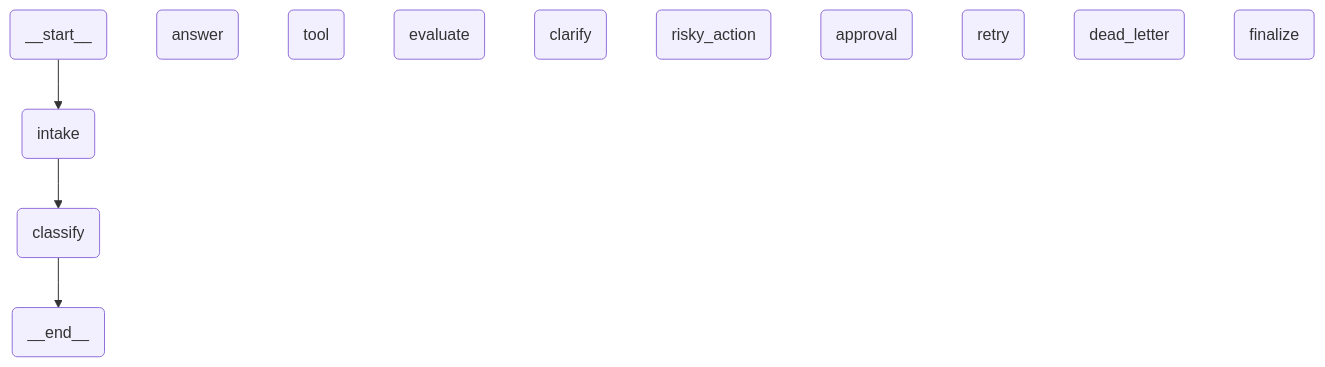
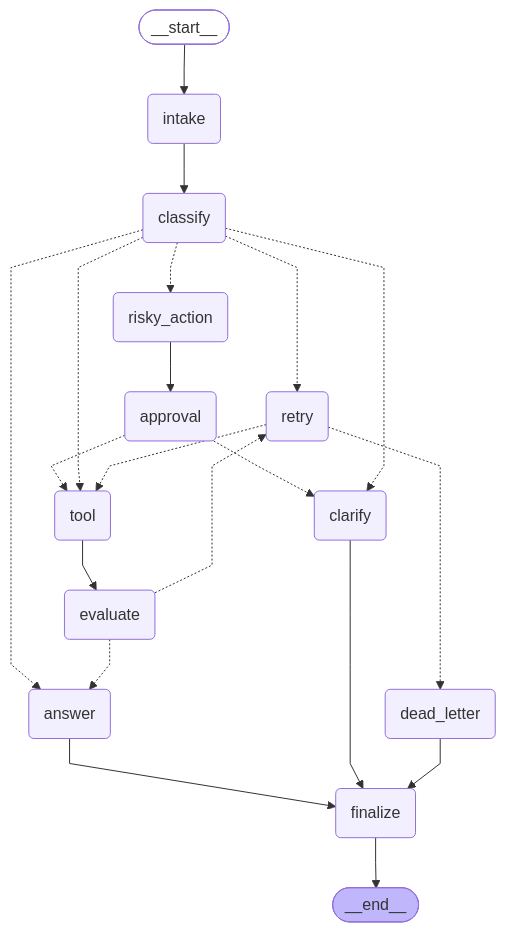
The diagram in outputs/graph.md (NLT22/phase2-track3-day8-langgraph-agent), drawn with Mermaid before and after one commit. The commit also changed 2 other files, not shown here.

Commit message:
Edit report and graph.md

````diff
--- a/outputs/graph.md
+++ b/outputs/graph.md
@@ -1,28 +1,44 @@
 ```mermaid
 ---
 config:
   flowchart:
     curve: linear
 ---
 graph TD;
-	__start__(<p>__start__</p>)
+	__start__([<p>__start__</p>]):::first
 	intake(intake)
 	classify(classify)
 	answer(answer)
 	tool(tool)
 	evaluate(evaluate)
 	clarify(clarify)
 	risky_action(risky_action)
 	approval(approval)
 	retry(retry)
 	dead_letter(dead_letter)
 	finalize(finalize)
-	__end__(<p>__end__</p>)
+	__end__([<p>__end__</p>]):::last
 	__start__ --> intake;
+	answer --> finalize;
+	approval -.-> clarify;
+	approval -.-> tool;
+	clarify --> finalize;
+	classify -.-> answer;
+	classify -.-> clarify;
+	classify -.-> retry;
+	classify -.-> risky_action;
+	classify -.-> tool;
+	dead_letter --> finalize;
+	evaluate -.-> answer;
+	evaluate -.-> retry;
 	intake --> classify;
-	classify --> __end__;
+	retry -.-> dead_letter;
+	retry -.-> tool;
+	risky_action --> approval;
+	tool --> evaluate;
+	finalize --> __end__;
 	classDef default fill:#f2f0ff,line-height:1.2
 	classDef first fill-opacity:0
 	classDef last fill:#bfb6fc
 
 ```
````
